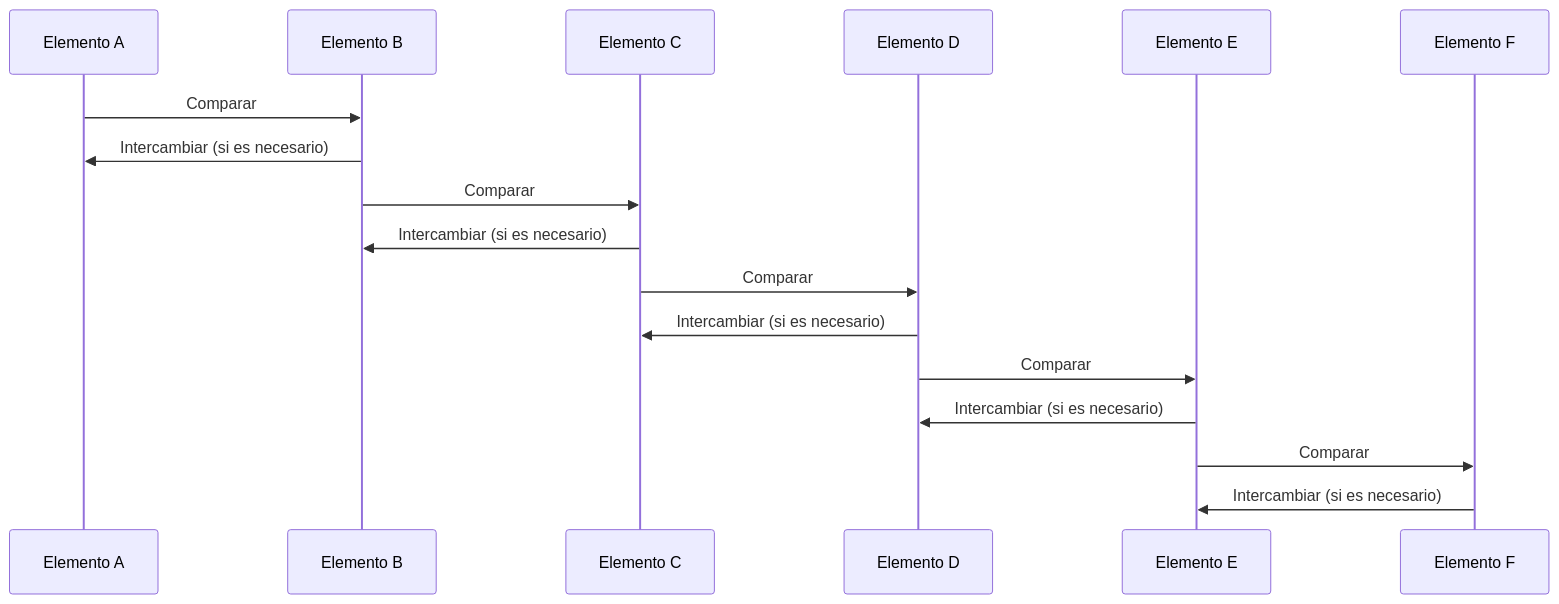
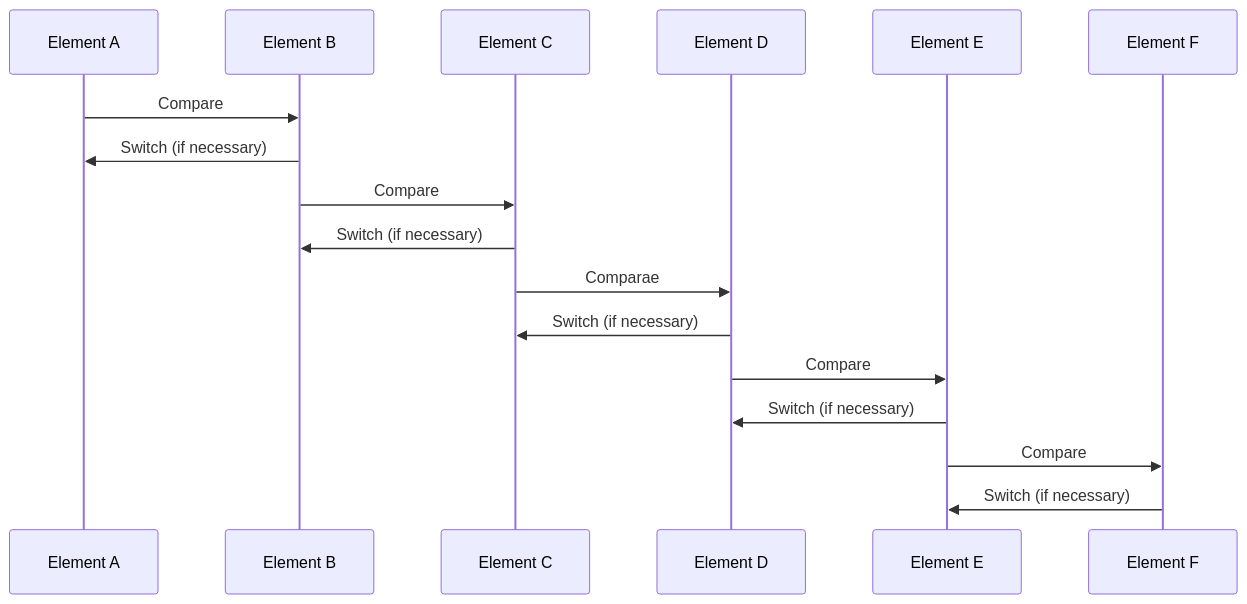
Before and after one commit to JuanGdev/algorithmsIntroduction: the diagram in code/insertionSort/README.md, drawn with Mermaid.

Commit message:
[Fix] language
Fix language to english in diagram

````diff
--- a/code/insertionSort/README.md
+++ b/code/insertionSort/README.md
@@ -19,20 +19,20 @@
 ```mermaid
 sequenceDiagram
-    participant A as Elemento A
-    participant B as Elemento B
-    participant C as Elemento C
-    participant D as Elemento D
-    participant E as Elemento E
-    participant F as Elemento F
+    participant A as Element A
+    participant B as Element B
+    participant C as Element C
+    participant D as Element D
+    participant E as Element E
+    participant F as Element F
 
-    A ->> B: Comparar
-    B ->> A: Intercambiar (si es necesario)
-    B ->> C: Comparar
-    C ->> B: Intercambiar (si es necesario)
-    C ->> D: Comparar
-    D ->> C: Intercambiar (si es necesario)
-    D ->> E: Comparar
-    E ->> D: Intercambiar (si es necesario)
-    E ->> F: Comparar
-    F ->> E: Intercambiar (si es necesario)
+    A ->> B: Compare
+    B ->> A: Switch (if necessary)
+    B ->> C: Compare
+    C ->> B: Switch (if necessary)
+    C ->> D: Comparae
+    D ->> C: Switch (if necessary)
+    D ->> E: Compare
+    E ->> D: Switch (if necessary)
+    E ->> F: Compare
+    F ->> E: Switch (if necessary)
 ```
````
